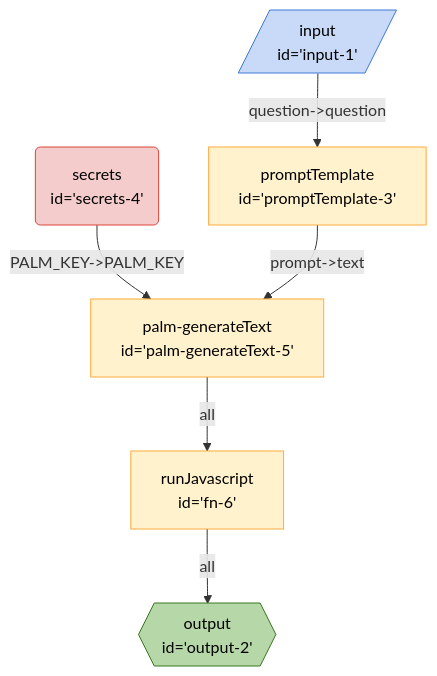
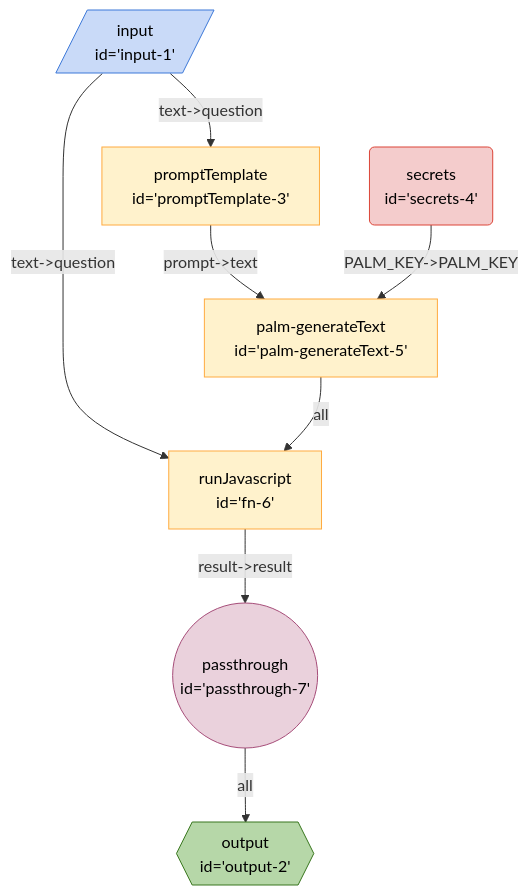
One commit to breadboard-ai/breadboard changed the diagram in seeds/breadboard-web/docs/graphs/new/if-else-serializable.md. Above: the diagram before and after it, drawn with Mermaid. The commit also changed 4 other files, not shown here.

````diff
--- a/seeds/breadboard-web/docs/graphs/new/if-else-serializable.md
+++ b/seeds/breadboard-web/docs/graphs/new/if-else-serializable.md
@@ -3,17 +3,19 @@
 ```mermaid
 %%{init: 'themeVariables': { 'fontFamily': 'Fira Code, monospace' }}%%
 graph TD;
-fn6["runJavascript <br> id='fn-6'"] -- all --> output2{{"output <br> id='output-2'"}}:::output
+passthrough7(("passthrough <br> id='passthrough-7'")):::passthrough -- all --> output2{{"output <br> id='output-2'"}}:::output
+fn6["runJavascript <br> id='fn-6'"] -- "result->result" --> passthrough7(("passthrough <br> id='passthrough-7'")):::passthrough
+input1[/"input <br> id='input-1'"/]:::input -- "text->question" --> promptTemplate3["promptTemplate <br> id='promptTemplate-3'"]
+input1[/"input <br> id='input-1'"/]:::input -- "text->question" --> fn6["runJavascript <br> id='fn-6'"]
 palmgenerateText5["palm-generateText <br> id='palm-generateText-5'"] -- all --> fn6["runJavascript <br> id='fn-6'"]
+promptTemplate3["promptTemplate <br> id='promptTemplate-3'"] -- "prompt->text" --> palmgenerateText5["palm-generateText <br> id='palm-generateText-5'"]
 secrets4("secrets <br> id='secrets-4'"):::secrets -- "PALM_KEY->PALM_KEY" --> palmgenerateText5["palm-generateText <br> id='palm-generateText-5'"]
-promptTemplate3["promptTemplate <br> id='promptTemplate-3'"] -- "prompt->text" --> palmgenerateText5["palm-generateText <br> id='palm-generateText-5'"]
-input1[/"input <br> id='input-1'"/]:::input -- "question->question" --> promptTemplate3["promptTemplate <br> id='promptTemplate-3'"]
 classDef default stroke:#ffab40,fill:#fff2ccff,color:#000
 classDef input stroke:#3c78d8,fill:#c9daf8ff,color:#000
 classDef output stroke:#38761d,fill:#b6d7a8ff,color:#000
 classDef passthrough stroke:#a64d79,fill:#ead1dcff,color:#000
 classDef slot stroke:#a64d79,fill:#ead1dcff,color:#000
 classDef config stroke:#a64d79,fill:#ead1dcff,color:#000
 classDef secrets stroke:#db4437,fill:#f4cccc,color:#000
 classDef slotted stroke:#a64d79
 ```
````
